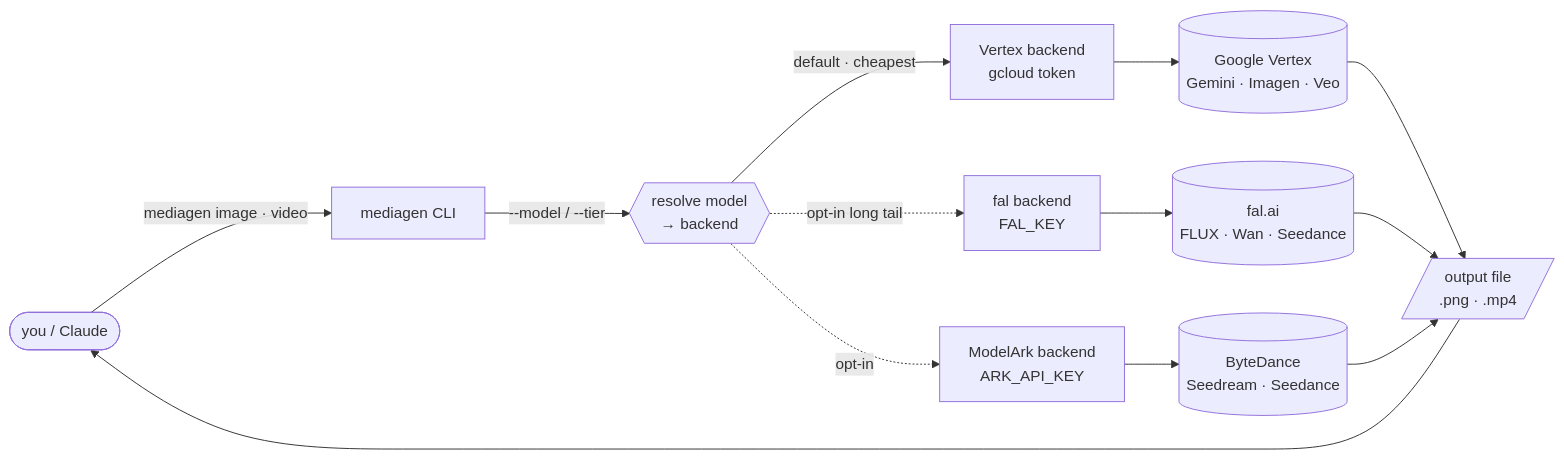
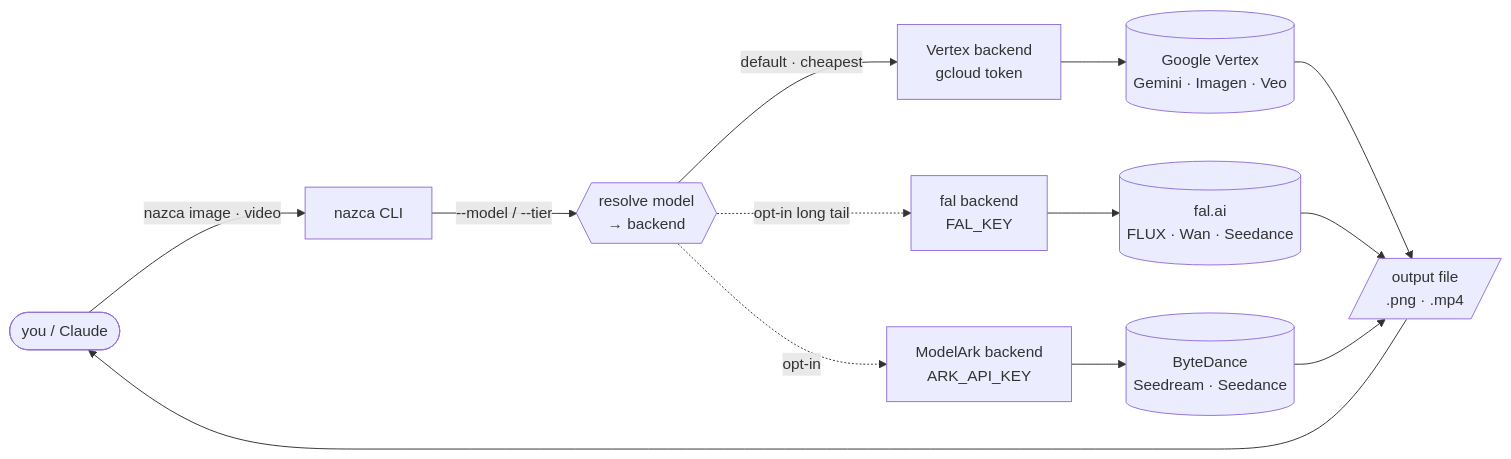
The first of 3 diagrams in README.md (Mysios-Labs-inc/nazca), drawn with Mermaid before and after one commit. The commit also changed other lines of this file and 15 other files, not shown here.

First line of the commit message:
refactor: rename mediagen → nazca (package, command, config path, docs) (#12)

````diff
--- a/README.md
+++ b/README.md
@@ -19,13 +36,13 @@
 ```mermaid
 flowchart LR
-    A([you / Claude]) -->|"mediagen image · video"| CLI[mediagen CLI]
+    A([you / Claude]) -->|"nazca image · video"| CLI[nazca CLI]
     CLI -->|"--model / --tier"| R{{resolve model<br/>→ backend}}
     R -->|default · cheapest| V[Vertex backend<br/>gcloud token]
     R -.->|opt-in long tail| F[fal backend<br/>FAL_KEY]
     R -.->|opt-in| M[ModelArk backend<br/>ARK_API_KEY]
     V --> G[(Google Vertex<br/>Gemini · Imagen · Veo)]
     F --> FP[(fal.ai<br/>FLUX · Wan · Seedance)]
     M --> MP[(ByteDance<br/>Seedream · Seedance)]
     G & FP & MP --> O[/output file<br/>.png · .mp4/]
     O --> A
 ```
````
